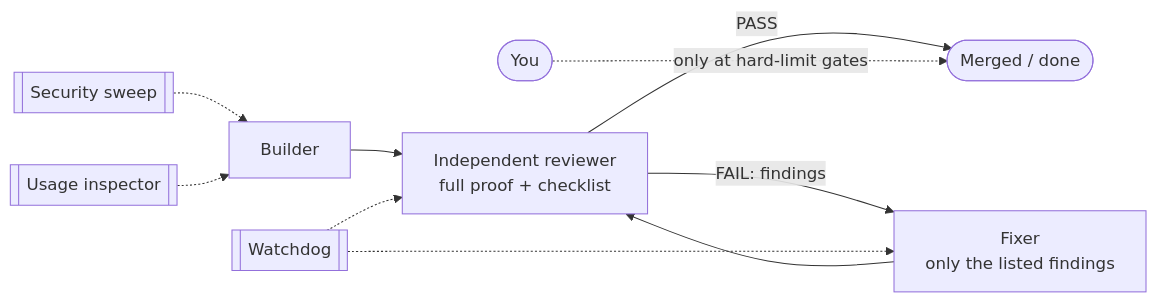
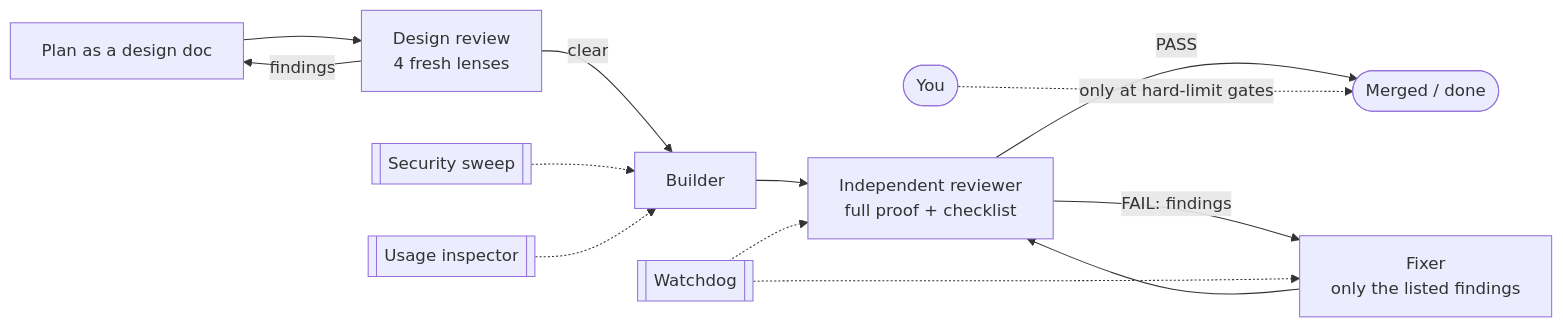
Before and after one commit to Mgabr90/autonomous-delivery: the diagram in README.md, drawn with Mermaid. The commit also changed other lines of this file and 21 other files, not shown here.

First line of the commit message:
autodeliver 0.6.0: design review before building (Elephant-Goldfish Model)

````diff
--- a/README.md
+++ b/README.md
@@ -7,11 +7,14 @@
 ```mermaid
 flowchart LR
-    B[Builder] --> R[Independent reviewer<br/>full proof + checklist]
+    P[Plan as a design doc] --> D[Design review<br/>4 fresh lenses]
+    D -- findings --> P
+    D -- clear --> B[Builder]
+    B --> R[Independent reviewer<br/>full proof + checklist]
     R -- PASS --> M([Merged / done])
     R -- FAIL: findings --> F[Fixer<br/>only the listed findings]
     F --> R
     W[[Watchdog]] -.-> R & F
     S[[Security sweep]] -.-> B
     U[[Usage inspector]] -.-> B
     H([You]) -. only at hard-limit gates .-> M
 ```
````
